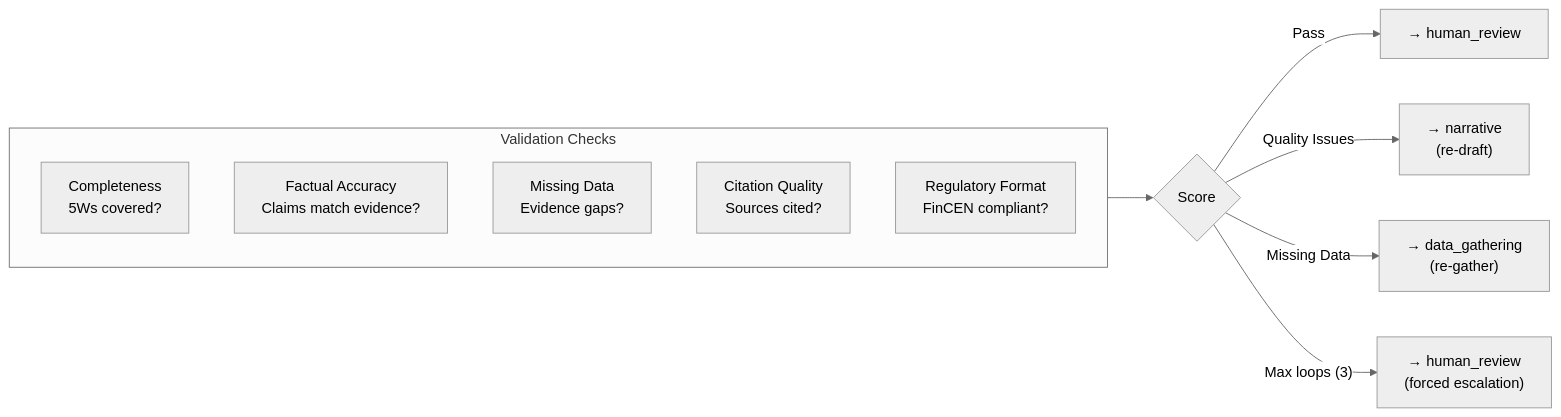
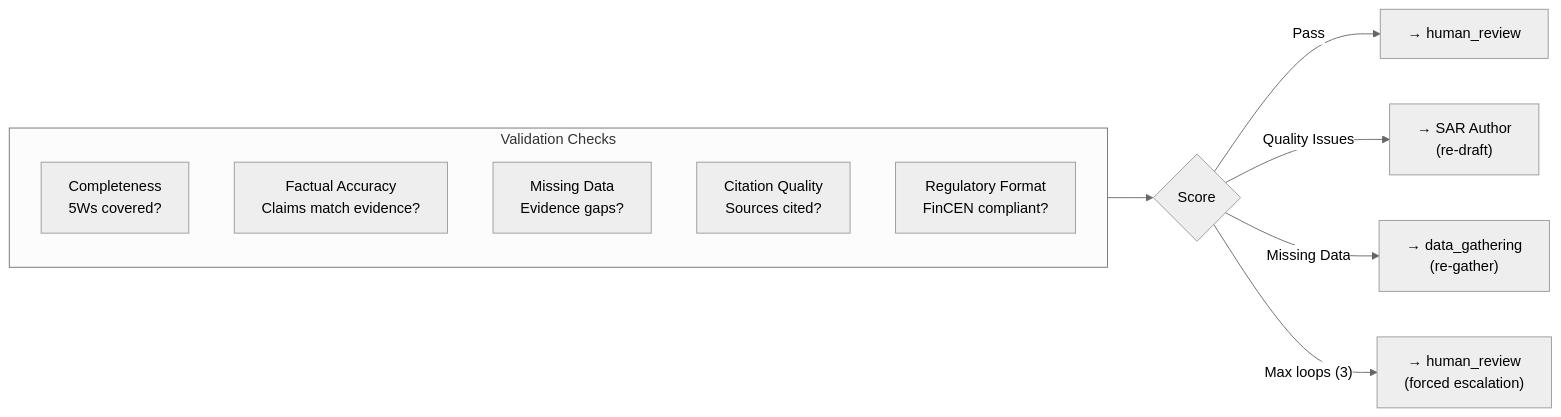
The seventh of 19 diagrams in docs/AGENTIC_INVESTIGATION_PIPELINE.md (mongodb-industry-solutions/fsi-aml-fraud-detection), drawn with Mermaid (neutral theme) before and after one commit. The commit also changed other lines of this file, not shown here.

````diff
--- a/docs/AGENTIC_INVESTIGATION_PIPELINE.md
+++ b/docs/AGENTIC_INVESTIGATION_PIPELINE.md
@@ -520,17 +515,17 @@
 ```mermaid
 flowchart LR
     subgraph Checks["Validation Checks"]
         C1["Completeness<br/>5Ws covered?"]
         C2["Factual Accuracy<br/>Claims match evidence?"]
         C3["Missing Data<br/>Evidence gaps?"]
         C4["Citation Quality<br/>Sources cited?"]
         C5["Regulatory Format<br/>FinCEN compliant?"]
     end
 
     Checks --> Decision{Score}
 
     Decision -->|"Pass"| HR["→ human_review"]
-    Decision -->|"Quality Issues"| NR["→ narrative<br/>(re-draft)"]
+    Decision -->|"Quality Issues"| NR["→ SAR Author<br/>(re-draft)"]
     Decision -->|"Missing Data"| DG["→ data_gathering<br/>(re-gather)"]
     Decision -->|"Max loops (3)"| FE["→ human_review<br/>(forced escalation)"]
 ```
````
